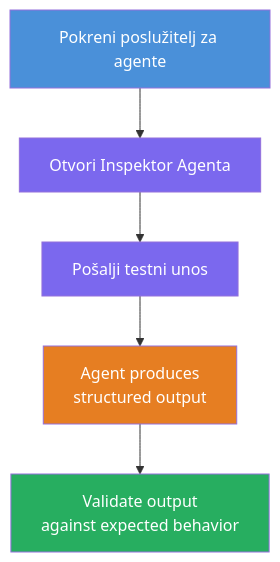
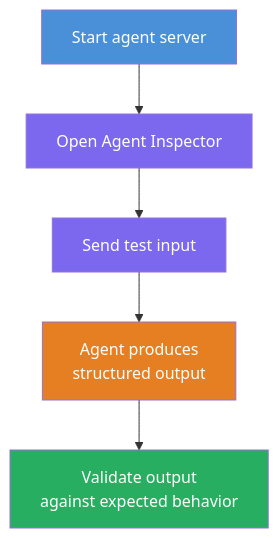
One commit to microsoft-foundry/Foundry_Toolkit_for_VSCode_Lab changed the diagram in translations/hr/workshop/lab01-single-agent/docs/04-test-locally.md. Above: the diagram before and after it, drawn with Mermaid. The commit also changed other lines of this file and 79 other files, not shown here.

````diff
--- a/translations/hr/workshop/lab01-single-agent/docs/04-test-locally.md
+++ b/translations/hr/workshop/lab01-single-agent/docs/04-test-locally.md
@@ -9,14 +9,14 @@
 ```mermaid
 flowchart TD
-    A["Pokreni poslužitelj za agente"] --> B["Otvori Inspektor Agenta"]
-    B --> C["Pošalji testni unos"]
+    A["Start agent server"] --> B["Open Agent Inspector"]
+    B --> C["Send test input"]
     C --> D["Agent produces 
     structured output"]
     D --> E["Validate output 
     against expected behavior"]
     style A fill:#4A90D9,color:#fff
     style B fill:#7B68EE,color:#fff
     style C fill:#7B68EE,color:#fff
     style D fill:#E67E22,color:#fff
     style E fill:#27AE60,color:#fff
 ```
````
